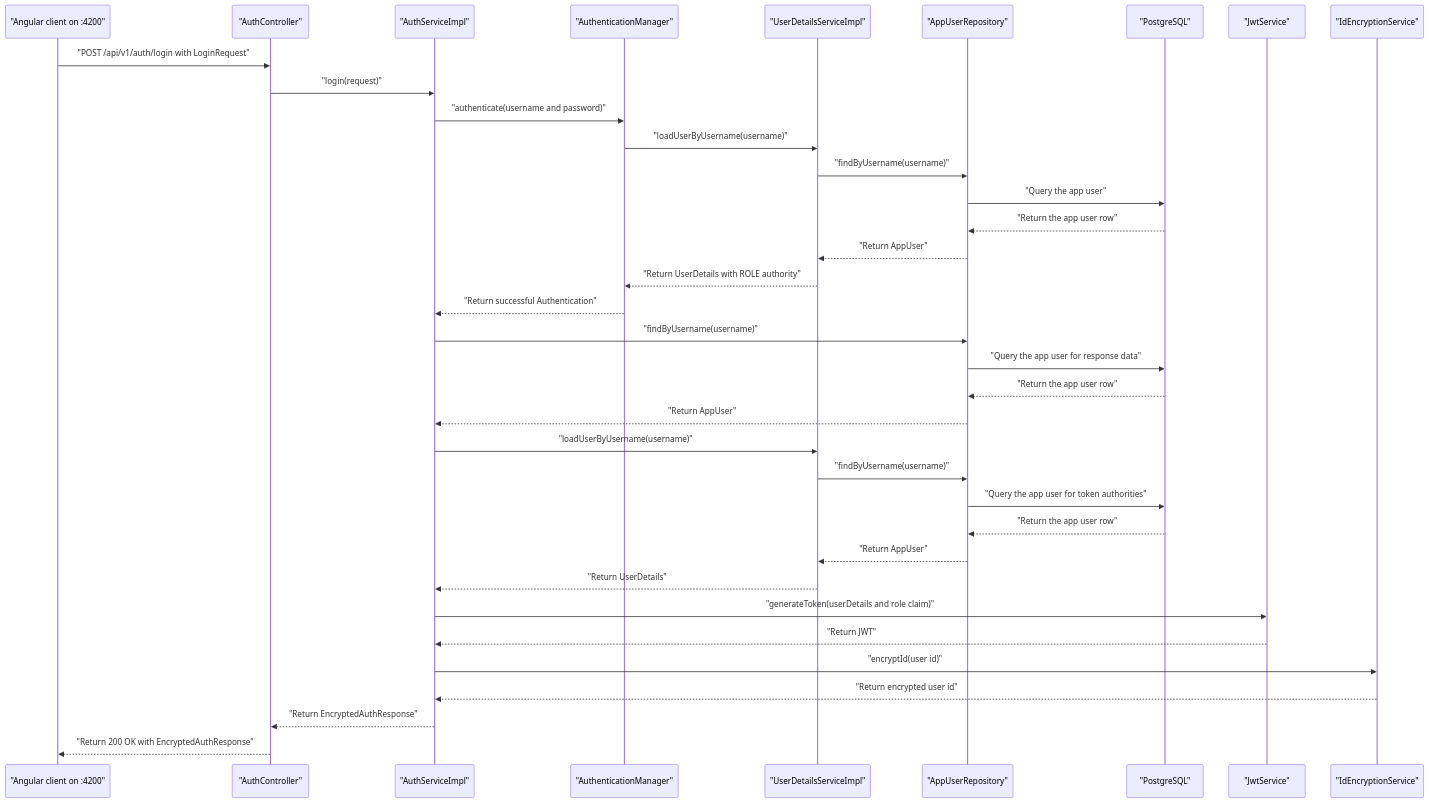
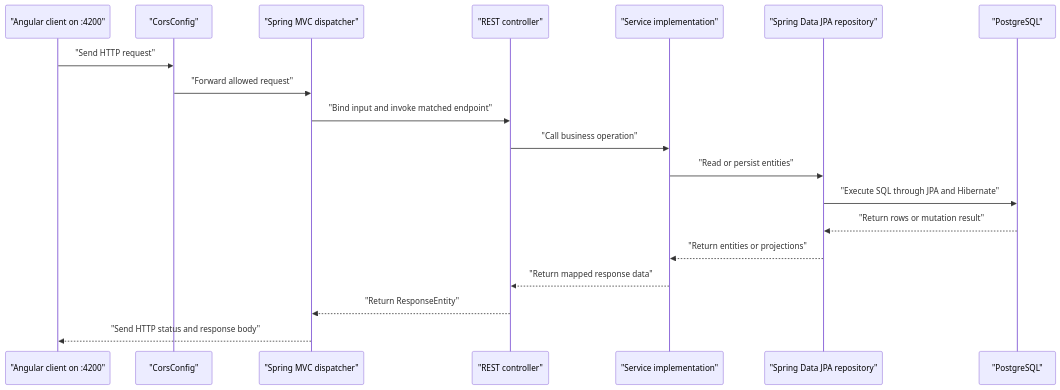
Before and after one commit to AhmedX2111/CitizenLink-Backend: the second of 3 diagrams in docs/request-flow.md, drawn with Mermaid. The commit also changed other lines of this file and 1 other file, not shown here.

Commit message:
docs: focus diagrams on request processing

````diff
--- a/docs/request-flow.md
+++ b/docs/request-flow.md
@@ -78,39 +41,22 @@
 ```mermaid
 sequenceDiagram
     participant Client as "Angular client on :4200"
-    participant AuthController as "AuthController"
-    participant AuthService as "AuthServiceImpl"
-    participant AuthenticationManager as "AuthenticationManager"
-    participant UserDetailsService as "UserDetailsServiceImpl"
-    participant AppUserRepository as "AppUserRepository"
-    participant PostgreSQL as "PostgreSQL"
-    participant JwtService as "JwtService"
-    participant IdEncryptionService as "IdEncryptionService"
+    participant Cors as "CorsConfig"
+    participant Dispatcher as "Spring MVC dispatcher"
+    participant Controller as "REST controller"
+    participant Service as "Service implementation"
+    participant Repository as "Spring Data JPA repository"
+    participant Database as "PostgreSQL"
 
-    Client->>AuthController: "POST /api/v1/auth/login with LoginRequest"
-    AuthController->>AuthService: "login(request)"
-    AuthService->>AuthenticationManager: "authenticate(username and password)"
-    AuthenticationManager->>UserDetailsService: "loadUserByUsername(username)"
-    UserDetailsService->>AppUserRepository: "findByUsername(username)"
-    AppUserRepository->>PostgreSQL: "Query the app user"
-    PostgreSQL-->>AppUserRepository: "Return the app user row"
-    AppUserRepository-->>UserDetailsService: "Return AppUser"
-    UserDetailsService-->>AuthenticationManager: "Return UserDetails with ROLE authority"
-    AuthenticationManager-->>AuthService: "Return successful Authentication"
-    AuthService->>AppUserRepository: "findByUsername(username)"
-    AppUserRepository->>PostgreSQL: "Query the app user for response data"
-    PostgreSQL-->>AppUserRepository: "Return the app user row"
-    AppUserRepository-->>AuthService: "Return AppUser"
-    AuthService->>UserDetailsService: "loadUserByUsername(username)"
-    UserDetailsService->>AppUserRepository: "findByUsername(username)"
-    AppUserRepository->>PostgreSQL: "Query the app user for token authorities"
-    PostgreSQL-->>AppUserRepository: "Return the app user row"
-    AppUserRepository-->>UserDetailsService: "Return AppUser"
-    UserDetailsService-->>AuthService: "Return UserDetails"
-    AuthService->>JwtService: "generateToken(userDetails and role claim)"
-    JwtService-->>AuthService: "Return JWT"
-    AuthService->>IdEncryptionService: "encryptId(user id)"
-    IdEncryptionService-->>AuthService: "Return encrypted user id"
-    AuthService-->>AuthController: "Return EncryptedAuthResponse"
-    AuthController-->>Client: "Return 200 OK with EncryptedAuthResponse"
+    Client->>Cors: "Send HTTP request"
+    Cors->>Dispatcher: "Forward allowed request"
+    Dispatcher->>Controller: "Bind input and invoke matched endpoint"
+    Controller->>Service: "Call business operation"
+    Service->>Repository: "Read or persist entities"
+    Repository->>Database: "Execute SQL through JPA and Hibernate"
+    Database-->>Repository: "Return rows or mutation result"
+    Repository-->>Service: "Return entities or projections"
+    Service-->>Controller: "Return mapped response data"
+    Controller-->>Dispatcher: "Return ResponseEntity"
+    Dispatcher-->>Client: "Send HTTP status and response body"
 ```
````
